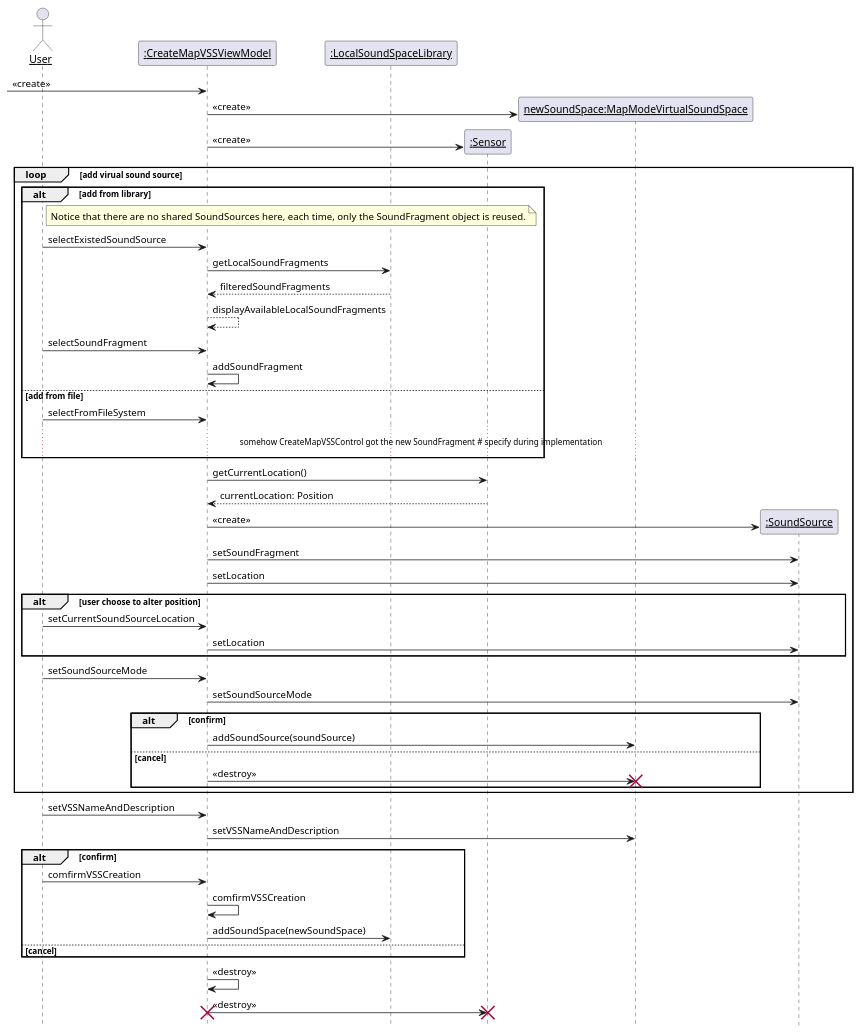
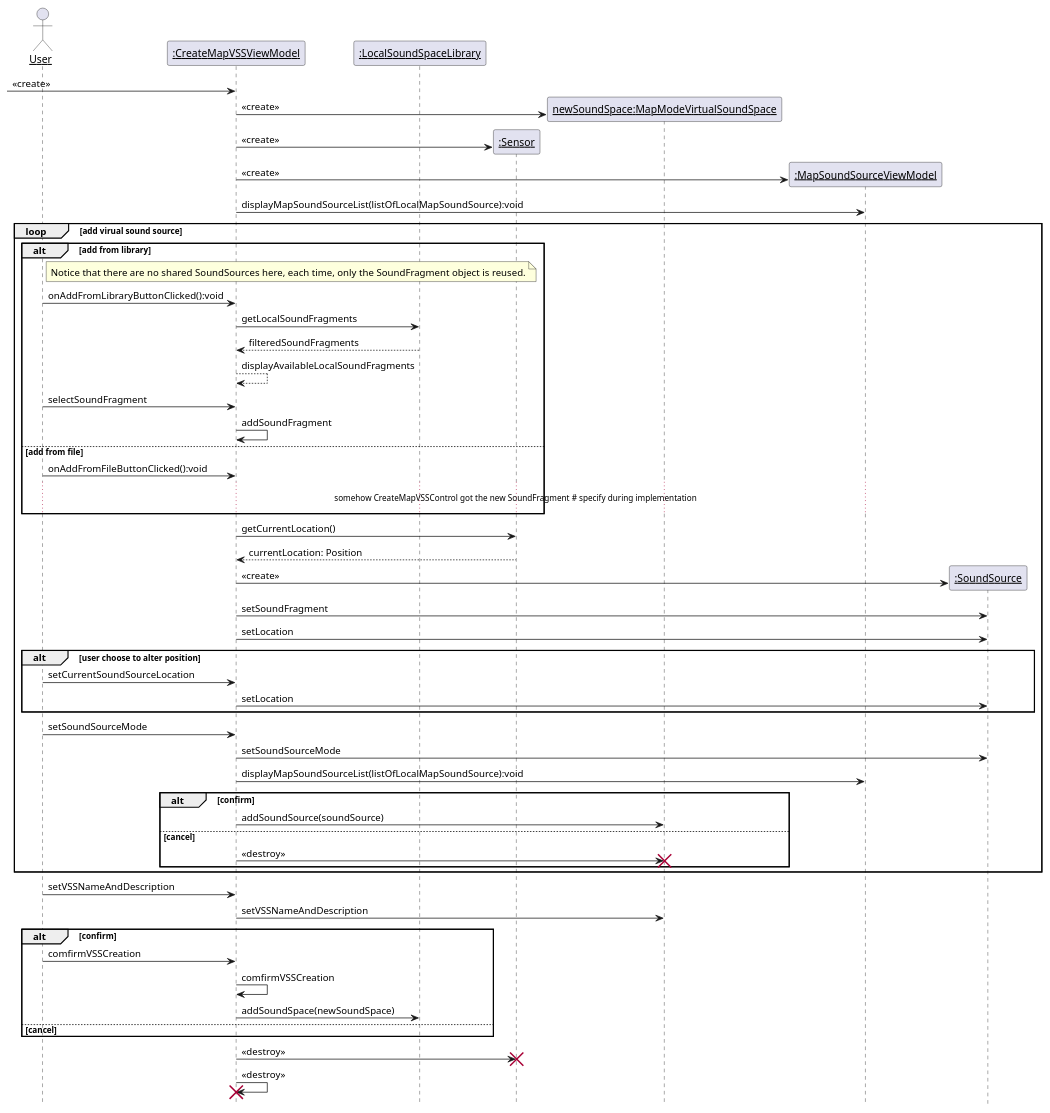
One commit to kpp19920121/doc changed diagram 12 of 28 in 设计/顺序图.md. Above: the diagram before and after it, drawn with PlantUML. The commit also changed other lines of this file and 4 other files, not shown here.

First line of the commit message:
完成了相关新添加ViewModel类的顺序图

````diff
--- a/设计/顺序图.md
+++ b/设计/顺序图.md
@@ -362,70 +365,76 @@
 ```PlantUML
 @startuml Diagrams/CreateMapModeVSS
 hide footbox
 skinparam sequenceParticipant underline
 
 
 actor User as user
 participant ":CreateMapVSSViewModel" as createboundary
 participant ":LocalSoundSpaceLibrary" as library
 participant ":Sensor" as sensor
 participant "newSoundSpace:MapModeVirtualSoundSpace" as newspace
 
 
 [-> createboundary: <<create>>
 create newspace
 createboundary -> newspace: <<create>>
 create sensor
 createboundary -> sensor: <<create>>
+participant ":MapSoundSourceViewModel" as mssv
+create mssv
+createboundary -> mssv: <<create>>
+createboundary -> mssv: displayMapSoundSourceList(listOfLocalMapSoundSource):void
 loop add virual sound source
     alt add from library
         note right of user: Notice that there are no shared SoundSources here, each time, only the SoundFragment object is reused.
-        user -> createboundary: selectExistedSoundSource
+        user -> createboundary: onAddFromLibraryButtonClicked():void
         createboundary -> library: getLocalSoundFragments
         library --> createboundary: filteredSoundFragments
         createboundary --> createboundary: displayAvailableLocalSoundFragments
         user -> createboundary: selectSoundFragment
         createboundary -> createboundary: addSoundFragment
     else add from file
-        user -> createboundary: selectFromFileSystem
+        user -> createboundary: onAddFromFileButtonClicked():void
         ...somehow CreateMapVSSControl got the new SoundFragment # specify during implementation...
 
     end
 
     createboundary -> sensor: getCurrentLocation()
     sensor --> createboundary: currentLocation: Position
 
     participant ":SoundSource" as source
     create source
     createboundary -> source: <<create>>
     createboundary -> source: setSoundFragment
     createboundary -> source: setLocation
 
     alt user choose to alter position
         user -> createboundary: setCurrentSoundSourceLocation
         createboundary -> source: setLocation
     end
     user -> createboundary: setSoundSourceMode
     createboundary -> source: setSoundSourceMode
+    createboundary -> mssv: displayMapSoundSourceList(listOfLocalMapSoundSource):void
     alt confirm
         createboundary -> newspace: addSoundSource(soundSource)
     else cancel
         createboundary -> newspace: <<destroy>>
         destroy newspace
     end
 end
 user -> createboundary: setVSSNameAndDescription
 createboundary -> newspace: setVSSNameAndDescription
 alt confirm
     user -> createboundary: comfirmVSSCreation
     createboundary -> createboundary: comfirmVSSCreation
     createboundary -> library: addSoundSpace(newSoundSpace)
 else cancel
 
 end
-createboundary -> createboundary: <<destroy>>
+
 createboundary -> sensor: <<destroy>>
 destroy sensor
+createboundary -> createboundary: <<destroy>>
 destroy createboundary
 @enduml
 ```
````
